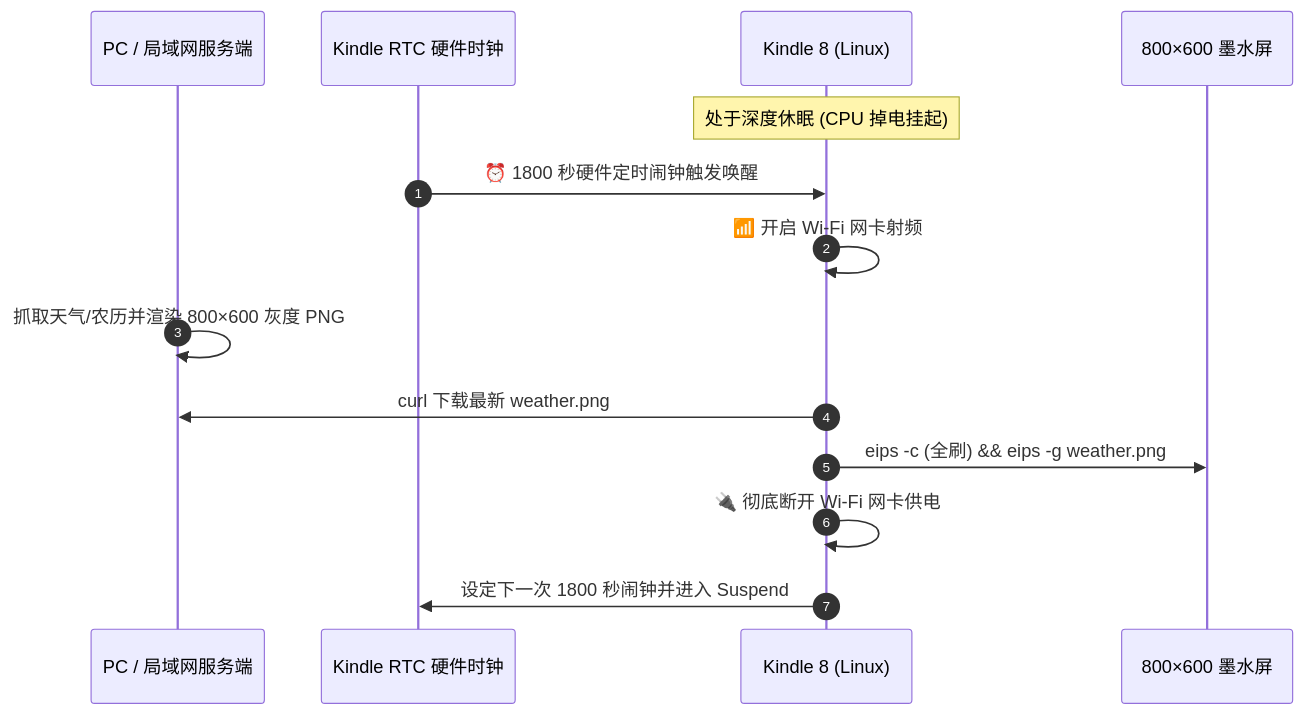
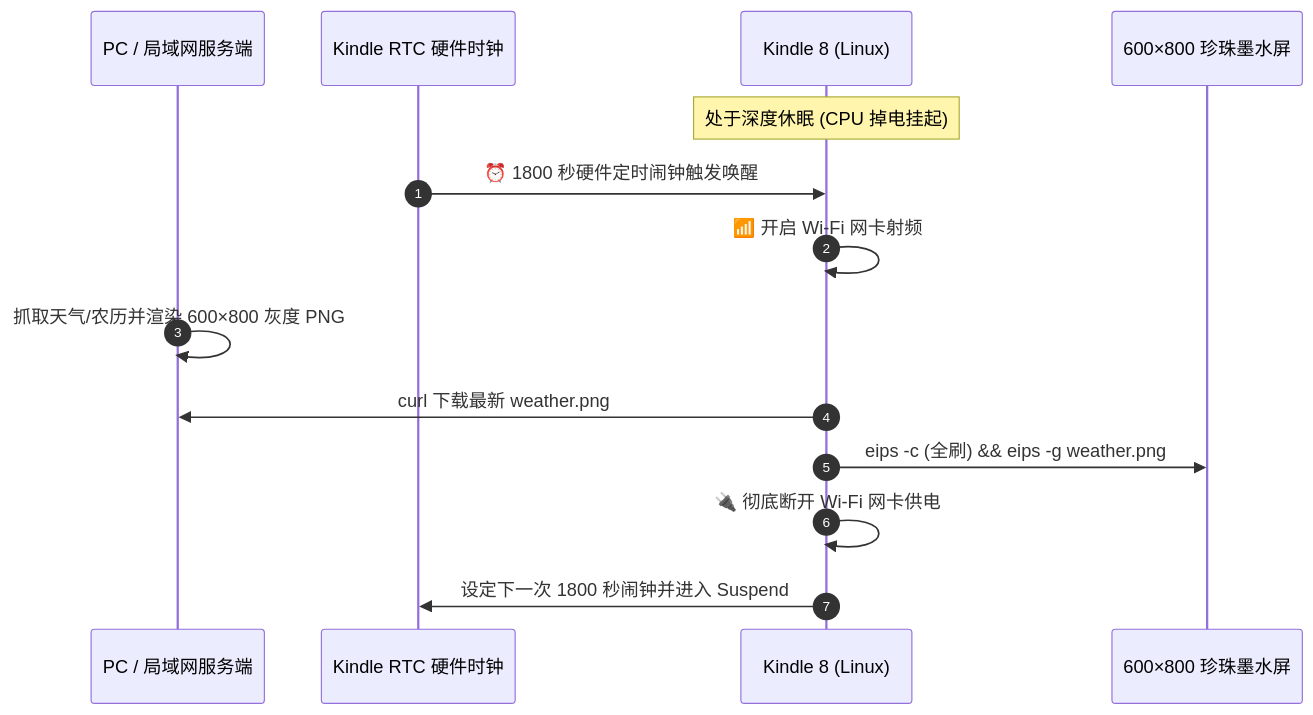
The diagram in docs/projects/kindle/06-weather-dashboard-dev.mdx (Xepanda/wiki), drawn with Mermaid before and after one commit. The commit also changed other lines of this file and 3 other files, not shown here.

````diff
--- a/docs/projects/kindle/06-weather-dashboard-dev.mdx
+++ b/docs/projects/kindle/06-weather-dashboard-dev.mdx
@@ -17,17 +19,17 @@
 ```mermaid
 sequenceDiagram
     autonumber
     participant Server as PC / 局域网服务端
     participant RTC as Kindle RTC 硬件时钟
     participant Kindle as Kindle 8 (Linux)
-    participant Screen as 800×600 墨水屏
+    participant Screen as 600×800 珍珠墨水屏
 
     Note over Kindle: 处于深度休眠 (CPU 掉电挂起)
     RTC->>Kindle: ⏰ 1800 秒硬件定时闹钟触发唤醒
     Kindle->>Kindle: 📶 开启 Wi-Fi 网卡射频
-    Server->>Server: 抓取天气/农历并渲染 800×600 灰度 PNG
+    Server->>Server: 抓取天气/农历并渲染 600×800 灰度 PNG
     Kindle->>Server: curl 下载最新 weather.png
     Kindle->>Screen: eips -c (全刷) && eips -g weather.png
     Kindle->>Kindle: 🔌 彻底断开 Wi-Fi 网卡供电
     Kindle->>RTC: 设定下一次 1800 秒闹钟并进入 Suspend
 ```
````
